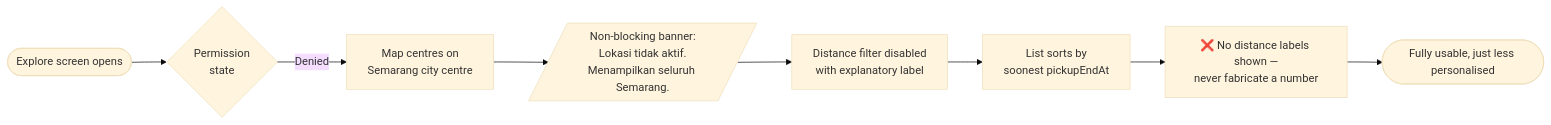
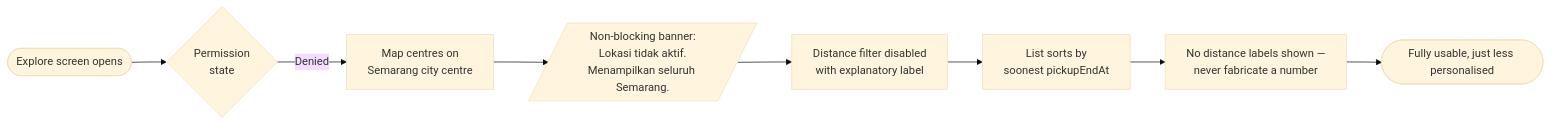
One commit to 201dev/cirquo changed diagram 21 of 25 in docs/spec/USER_FLOW.md. Above: the diagram before and after it, drawn with Mermaid (base theme). The commit also changed other lines of this file and 56 other files, not shown here.

````diff
--- a/docs/spec/USER_FLOW.md
+++ b/docs/spec/USER_FLOW.md
@@ -898,10 +898,10 @@
 ```mermaid
 flowchart LR
     A([Explore screen opens]) --> B{Permission<br/>state}
     B -->|Denied| C[Map centres on<br/>Semarang city centre]
     C --> D[/Non-blocking banner:<br/>Lokasi tidak aktif.<br/>Menampilkan seluruh Semarang./]
     D --> E[Distance filter disabled<br/>with explanatory label]
     E --> F[List sorts by<br/>soonest pickupEndAt]
-    F --> G[❌ No distance labels shown —<br/>never fabricate a number]
+    F --> G[No distance labels shown —<br/>never fabricate a number]
     G --> H([Fully usable, just less personalised])
 ```
````
